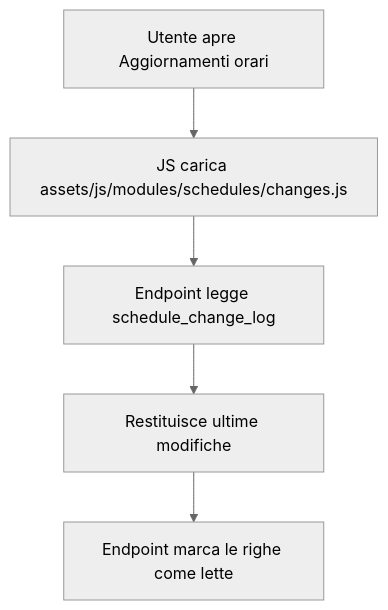
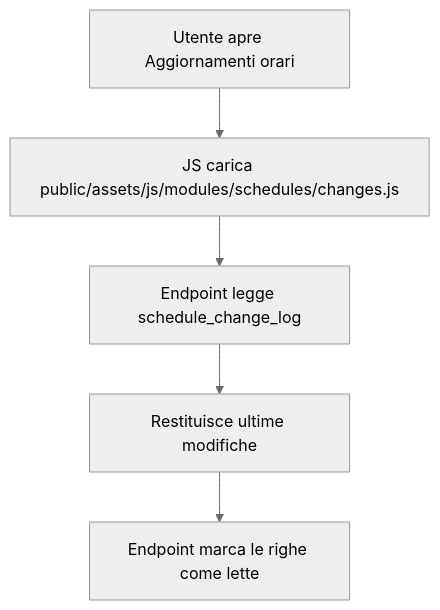
Before and after one commit to Pikappa39/App_iperal: the third of 5 diagrams in docs/modules/schedules.md, drawn with Mermaid (neutral theme). The commit also changed other lines of this file and 115 other files, not shown here.

````diff
--- a/docs/modules/schedules.md
+++ b/docs/modules/schedules.md
@@ -100,7 +103,7 @@
 ```mermaid
 flowchart TD
-    A["Utente apre Aggiornamenti orari"] --> B["JS carica assets/js/modules/schedules/changes.js"]
+    A["Utente apre Aggiornamenti orari"] --> B["JS carica public/assets/js/modules/schedules/changes.js"]
     B --> C["Endpoint legge schedule_change_log"]
     C --> D["Restituisce ultime modifiche"]
     D --> E["Endpoint marca le righe come lette"]
 ```
````
